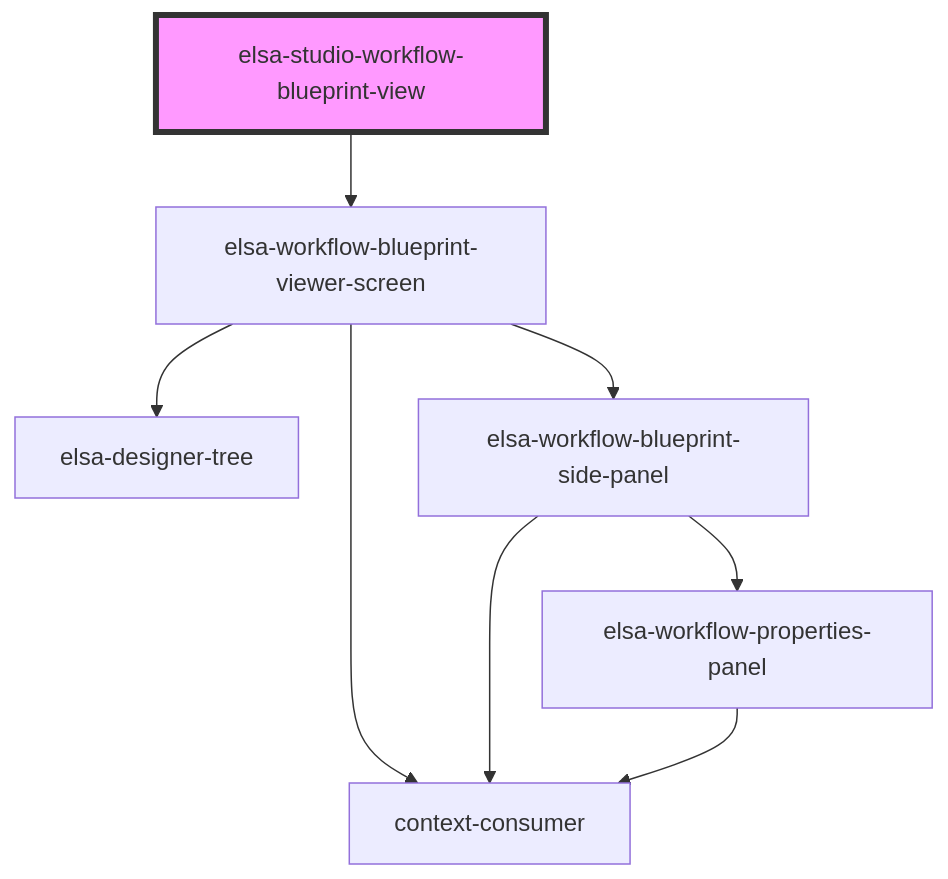
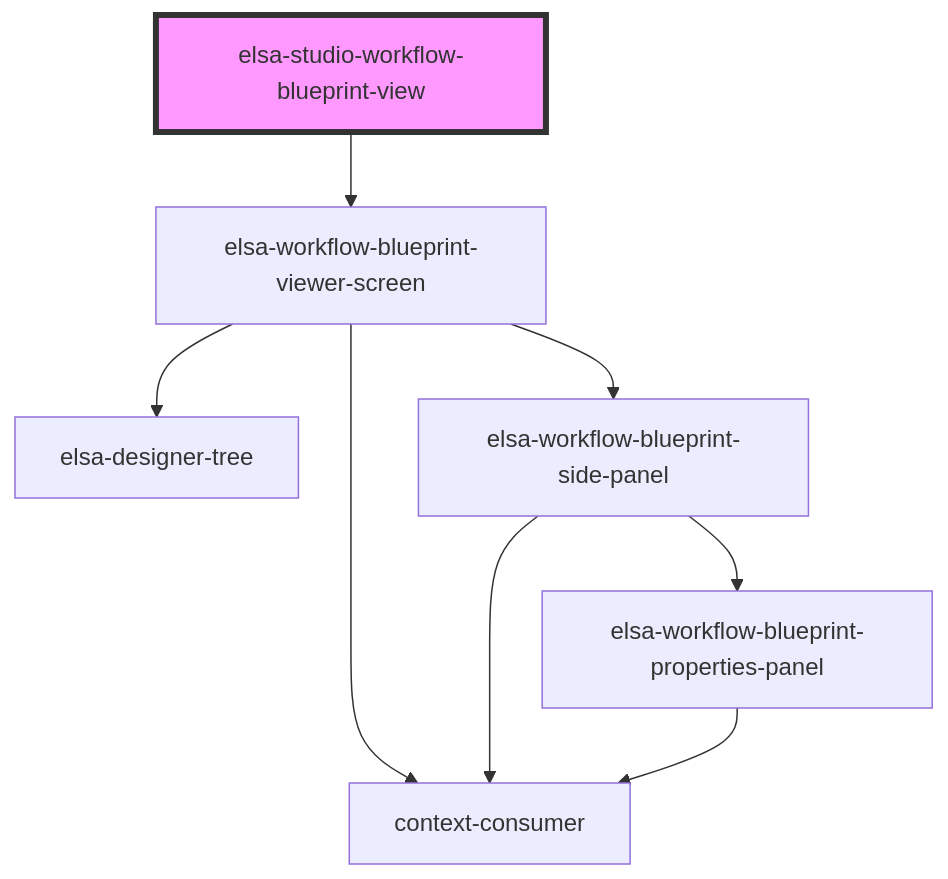
The diagram in src/designer/elsa-workflows-studio/src/components/dashboard/pages/elsa-studio-workflow-blueprint-view/readme.md (elsa-workflows/elsa-core), drawn with Mermaid before and after one commit. The commit also changed 17 other files, not shown here.

````diff
--- a/src/designer/elsa-workflows-studio/src/components/dashboard/pages/elsa-studio-workflow-blueprint-view/readme.md
+++ b/src/designer/elsa-workflows-studio/src/components/dashboard/pages/elsa-studio-workflow-blueprint-view/readme.md
@@ -22,11 +22,11 @@
 ```mermaid
 graph TD;
   elsa-studio-workflow-blueprint-view --> elsa-workflow-blueprint-viewer-screen
   elsa-workflow-blueprint-viewer-screen --> elsa-designer-tree
   elsa-workflow-blueprint-viewer-screen --> elsa-workflow-blueprint-side-panel
   elsa-workflow-blueprint-viewer-screen --> context-consumer
-  elsa-workflow-blueprint-side-panel --> elsa-workflow-properties-panel
+  elsa-workflow-blueprint-side-panel --> elsa-workflow-blueprint-properties-panel
   elsa-workflow-blueprint-side-panel --> context-consumer
-  elsa-workflow-properties-panel --> context-consumer
+  elsa-workflow-blueprint-properties-panel --> context-consumer
   style elsa-studio-workflow-blueprint-view fill:#f9f,stroke:#333,stroke-width:4px
 ```
````
